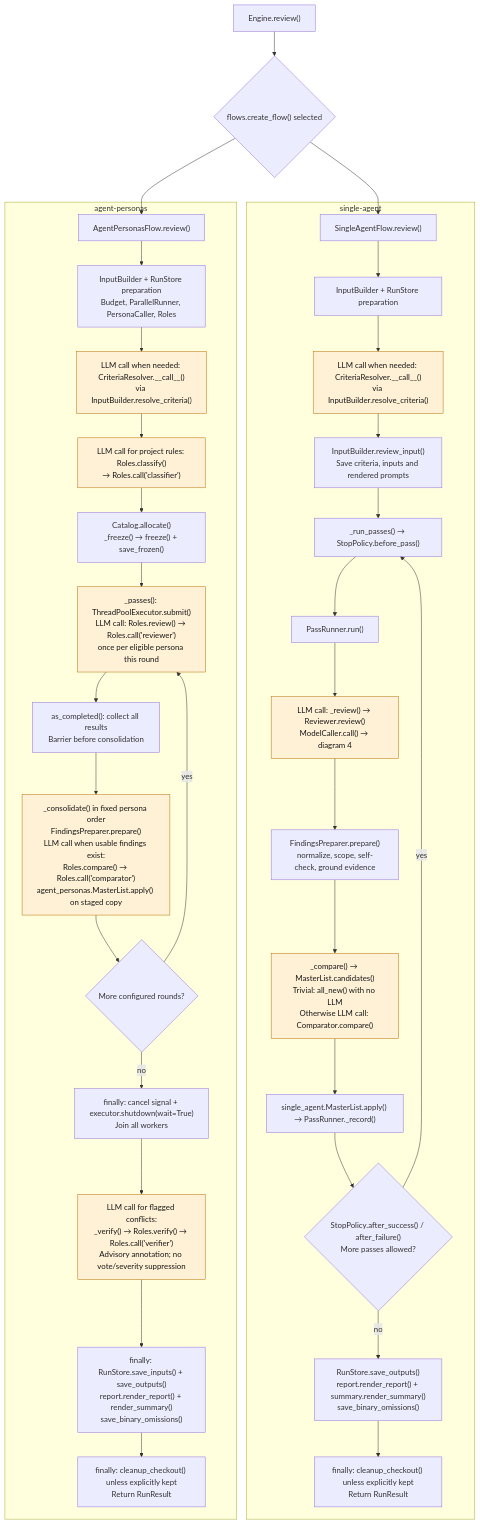
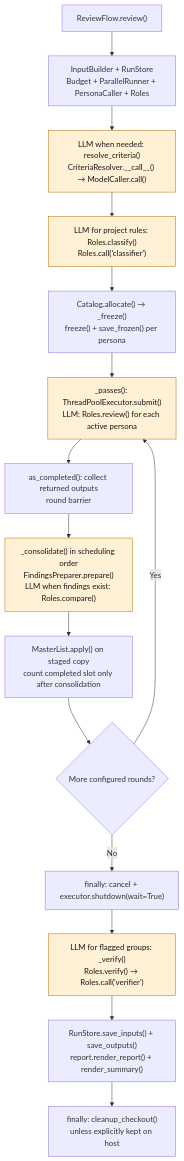
Before and after one commit to sskelkar/code-reviewer: the third of 6 diagrams in docs/project-explainer.md, drawn with Mermaid. The commit also changed other lines of this file and 138 other files, not shown here.

````diff
--- a/docs/project-explainer.md
+++ b/docs/project-explainer.md
@@ -116,40 +116,19 @@
 ```mermaid
 flowchart TD
-    SELECT["Engine.review()"] --> MODE{"flows.create_flow() selected"}
-    MODE --> SINGLE["SingleAgentFlow.review()"]
-    MODE --> PERSONAS["AgentPersonasFlow.review()"]
-
-    subgraph Single["single-agent"]
-        SINGLE --> SI["InputBuilder + RunStore preparation"]
-        SI --> SRES["LLM call when needed: CriteriaResolver.__call__()<br/>via InputBuilder.resolve_criteria()"]
-        SRES --> SINPUT["InputBuilder.review_input()<br/>Save criteria, inputs and rendered prompts"]
-        SINPUT --> SP["_run_passes() → StopPolicy.before_pass()"]
-        SP --> PASS["PassRunner.run()"]
-        PASS --> SR["LLM call: _review() → Reviewer.review()<br/>ModelCaller.call() → diagram 4"]
-        SR --> SG["FindingsPreparer.prepare()<br/>normalize, scope, self-check, ground evidence"]
-        SG --> SC["_compare() → MasterList.candidates()<br/>Trivial: all_new() with no LLM<br/>Otherwise LLM call: Comparator.compare()"]
-        SC --> SM["single_agent.MasterList.apply() → PassRunner._record()"]
-        SM --> SS{"StopPolicy.after_success() / after_failure()<br/>More passes allowed?"}
-        SS -->|yes| SP
-        SS -->|no| SO["RunStore.save_outputs()<br/>report.render_report() + summary.render_summary()<br/>save_binary_omissions()"]
-        SO --> SF["finally: cleanup_checkout() unless explicitly kept<br/>Return RunResult"]
-    end
-
-    subgraph Personas["agent-personas"]
-        PERSONAS --> PI["InputBuilder + RunStore preparation<br/>Budget, ParallelRunner, PersonaCaller, Roles"]
-        PI --> PRES["LLM call when needed: CriteriaResolver.__call__()<br/>via InputBuilder.resolve_criteria()"]
-        PRES --> CLASSIFY["LLM call for project rules: Roles.classify()<br/>→ Roles.call('classifier')"]
-        CLASSIFY --> ROUTE["Catalog.allocate()<br/>_freeze() → freeze() + save_frozen()"]
-        ROUTE --> ROUNDS["_passes(): ThreadPoolExecutor.submit()<br/>LLM call: Roles.review() → Roles.call('reviewer')<br/>once per eligible persona this round"]
-        ROUNDS --> BARRIER["as_completed(): collect all results<br/>Barrier before consolidation"]
-        BARRIER --> MERGE["_consolidate() in fixed persona order<br/>FindingsPreparer.prepare()<br/>LLM call when usable findings exist:<br/>Roles.compare() → Roles.call('comparator')<br/>agent_personas.MasterList.apply() on staged copy"]
-        MERGE --> NEXT{"More configured rounds?"}
-        NEXT -->|yes| ROUNDS
-        NEXT -->|no| JOIN["finally: cancel signal + executor.shutdown(wait=True)<br/>Join all workers"]
-        JOIN --> VERIFY["LLM call for flagged conflicts:<br/>_verify() → Roles.verify() → Roles.call('verifier')<br/>Advisory annotation; no vote/severity suppression"]
-        VERIFY --> PO["finally: RunStore.save_inputs() + save_outputs()<br/>report.render_report() + render_summary()<br/>save_binary_omissions()"]
-        PO --> PF["finally: cleanup_checkout() unless explicitly kept<br/>Return RunResult"]
-    end
+    START["ReviewFlow.review()"] --> INPUT["InputBuilder + RunStore<br/>Budget + ParallelRunner + PersonaCaller + Roles"]
+    INPUT --> RES["LLM when needed: resolve_criteria()<br/>CriteriaResolver.__call__() → ModelCaller.call()"]
+    RES --> CLASS["LLM for project rules: Roles.classify()<br/>Roles.call('classifier')"]
+    CLASS --> FREEZE["Catalog.allocate() → _freeze()<br/>freeze() + save_frozen() per persona"]
+    FREEZE --> ROUND["_passes(): ThreadPoolExecutor.submit()<br/>LLM: Roles.review() for each active persona"]
+    ROUND --> WAIT["as_completed(): collect returned outputs<br/>round barrier"]
+    WAIT --> MERGE["_consolidate() in scheduling order<br/>FindingsPreparer.prepare()<br/>LLM when findings exist: Roles.compare()"]
+    MERGE --> APPLY["MasterList.apply() on staged copy<br/>count completed slot only after consolidation"]
+    APPLY --> NEXT{"More configured rounds?"}
+    NEXT -->|Yes| ROUND
+    NEXT -->|No| JOIN["finally: cancel + executor.shutdown(wait=True)"]
+    JOIN --> VERIFY["LLM for flagged groups: _verify()<br/>Roles.verify() → Roles.call('verifier')"]
+    VERIFY --> REPORT["RunStore.save_inputs() + save_outputs()<br/>report.render_report() + render_summary()"]
+    REPORT --> CLEAN["finally: cleanup_checkout()<br/>unless explicitly kept on host"]
     classDef llm fill:#fff1d6,stroke:#b76b00,color:#171717
-    class SRES,SR,SC,PRES,CLASSIFY,ROUNDS,MERGE,VERIFY llm
+    class RES,CLASS,ROUND,MERGE,VERIFY llm
 ```
````
